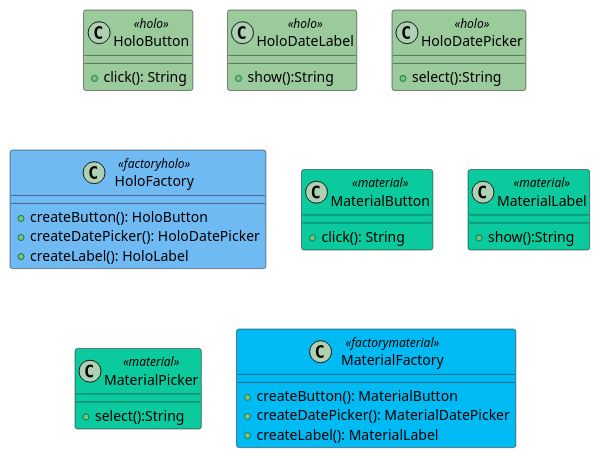
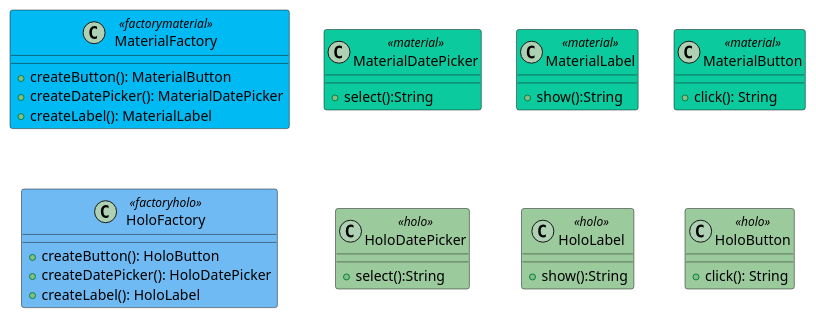
One commit to jandry/design-pattern changed the diagram in src/uml/abstractfactory.puml. Above: the diagram before and after it, drawn with PlantUML.

```diff
--- a/src/uml/abstractfactory.puml
+++ b/src/uml/abstractfactory.puml
@@ -1,41 +1,46 @@
 @startuml AbstractFactory
 
 skinparam class {
     BackgroundColor<<holo>> #9bca9d
     BackgroundColor<<factoryholo>> #70baf4
     BackgroundColor<<material>> #0bca9d
 	BackgroundColor<<factorymaterial>> #00baf4
 }
 
 class HoloButton <<holo>> {
     + click(): String
 }
-class HoloDateLabel <<holo>> {
+class HoloLabel <<holo>> {
     + show():String
 }
 class HoloDatePicker <<holo>> {
     + select():String
 }
 
 class HoloFactory <<factoryholo>>{
     + createButton(): HoloButton
     + createDatePicker(): HoloDatePicker
     + createLabel(): HoloLabel
 }
 
 class MaterialButton <<material>> {
     + click(): String
 }
 class MaterialLabel <<material>> {
     + show():String
 }
-class MaterialPicker <<material>> {
+class MaterialDatePicker <<material>> {
     + select():String
 }
 
 class MaterialFactory <<factorymaterial>>{
     + createButton(): MaterialButton
     + createDatePicker(): MaterialDatePicker
     + createLabel(): MaterialLabel
 }
+
+HoloButton -up[hidden]- MaterialButton
+HoloLabel -up[hidden]- MaterialLabel
+HoloDatePicker -up[hidden]- MaterialDatePicker
+HoloFactory -up[hidden]- MaterialFactory
 @enduml
```
